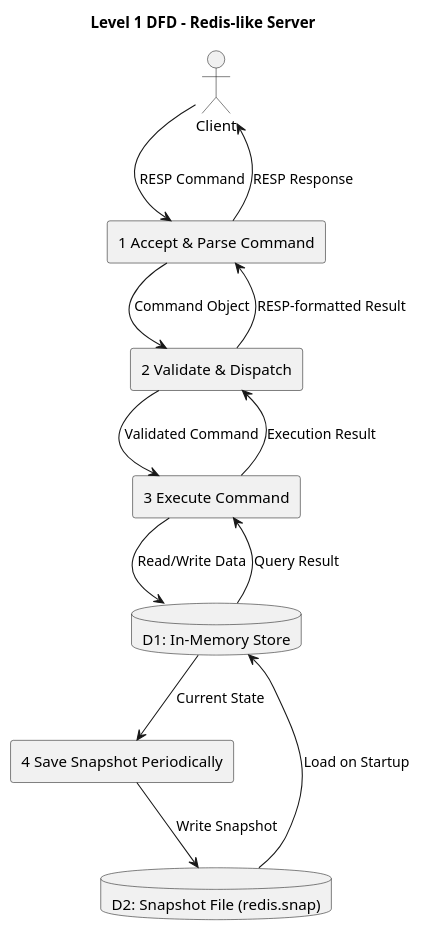
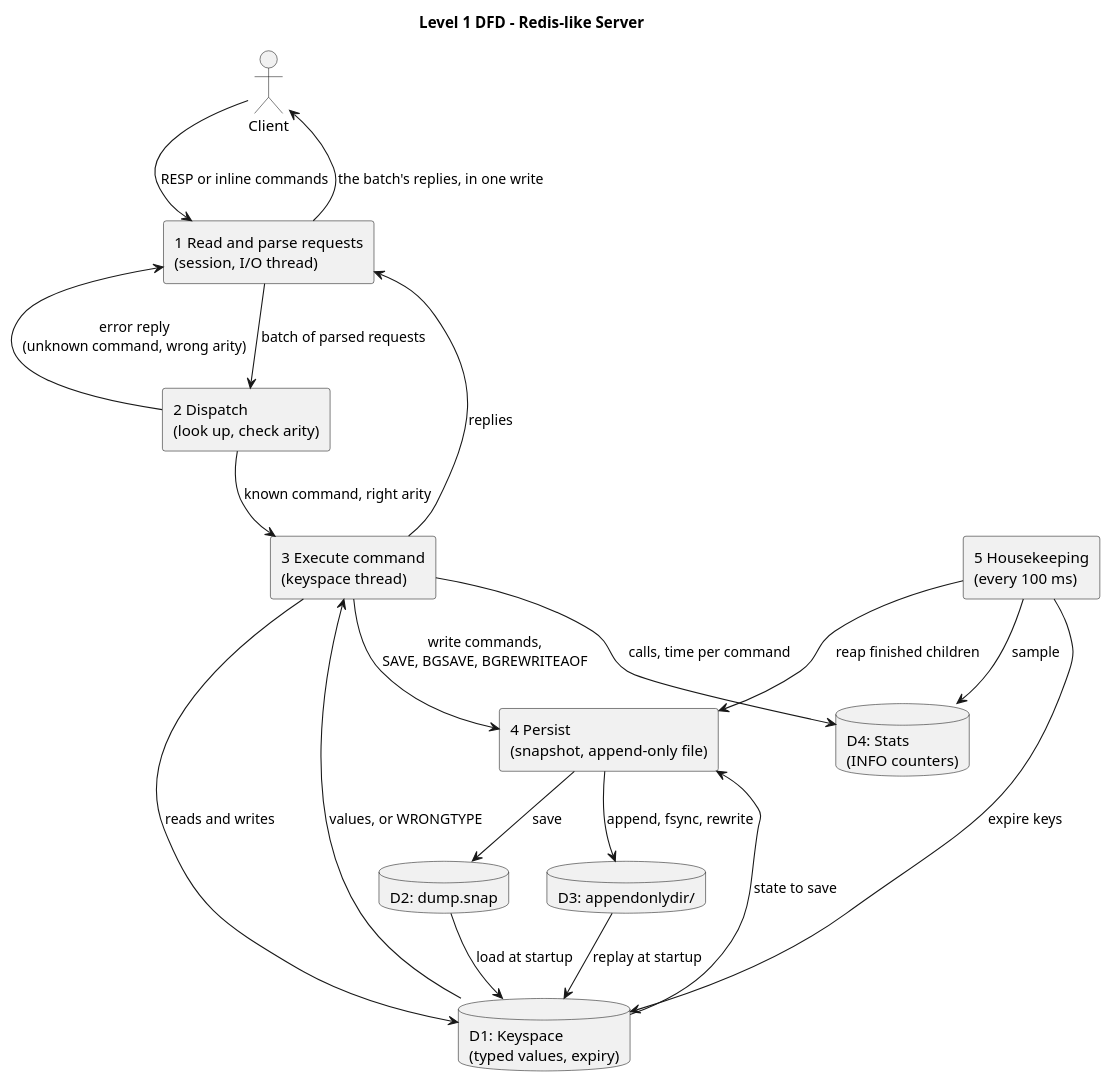
The diagram in docs/analysis/diagrams/dfd_subprocess.puml (sleepyviper1213/redis), drawn with PlantUML before and after one commit. The commit also changed 14 other files, not shown here.

Commit message:
[docs] spec: SRS revision 4, diagrams matching the code

```diff
--- a/docs/analysis/diagrams/dfd_subprocess.puml
+++ b/docs/analysis/diagrams/dfd_subprocess.puml
@@ -1,32 +1,38 @@
 @startuml
 title Level 1 DFD - Redis-like Server
 
-' External
 actor "Client" as Client
 
-' Processes
-rectangle "1 Accept & Parse Command" as Parse
-rectangle "2 Validate & Dispatch" as Dispatch
-rectangle "3 Execute Command" as Execute
-rectangle "4 Save Snapshot Periodically" as SnapshotSaver
+rectangle "1 Read and parse requests\n(session, I/O thread)" as Parse
+rectangle "2 Dispatch\n(look up, check arity)" as Dispatch
+rectangle "3 Execute command\n(keyspace thread)" as Execute
+rectangle "4 Persist\n(snapshot, append-only file)" as Persist
+rectangle "5 Housekeeping\n(every 100 ms)" as Cron
 
-' Data Stores
-database "D1: In-Memory Store" as MemStore
-database "D2: Snapshot File (redis.snap)" as Snapshot
+database "D1: Keyspace\n(typed values, expiry)" as Keyspace
+database "D2: dump.snap" as Snapshot
+database "D3: appendonlydir/" as Aof
+database "D4: Stats\n(INFO counters)" as Stats
 
-' Flows
-Client --> Parse : RESP Command
-Parse --> Dispatch : Command Object
-Dispatch --> Execute : Validated Command
-Execute --> MemStore : Read/Write Data
-MemStore --> Execute : Query Result
-Execute --> Dispatch : Execution Result
-Dispatch --> Parse : RESP-formatted Result
-Parse --> Client : RESP Response
+Client --> Parse : RESP or inline commands
+Parse --> Dispatch : batch of parsed requests
+Dispatch --> Execute : known command, right arity
+Dispatch --> Parse : error reply\n(unknown command, wrong arity)
+Execute --> Keyspace : reads and writes
+Keyspace --> Execute : values, or WRONGTYPE
+Execute --> Stats : calls, time per command
+Execute --> Parse : replies
+Execute --> Persist : write commands,\nSAVE, BGSAVE, BGREWRITEAOF
+Parse --> Client : the batch's replies, in one write
 
-' Snapshot flows
-MemStore --> SnapshotSaver : Current State
-SnapshotSaver --> Snapshot : Write Snapshot
-Snapshot --> MemStore : Load on Startup
+Persist --> Aof : append, fsync, rewrite
+Persist --> Snapshot : save
+Keyspace --> Persist : state to save
+Snapshot --> Keyspace : load at startup
+Aof --> Keyspace : replay at startup
+
+Cron --> Keyspace : expire keys
+Cron --> Persist : reap finished children
+Cron --> Stats : sample
 
 @enduml
```
